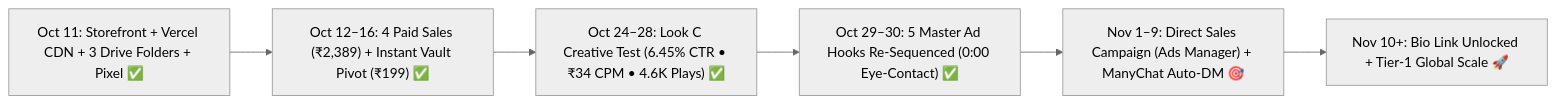
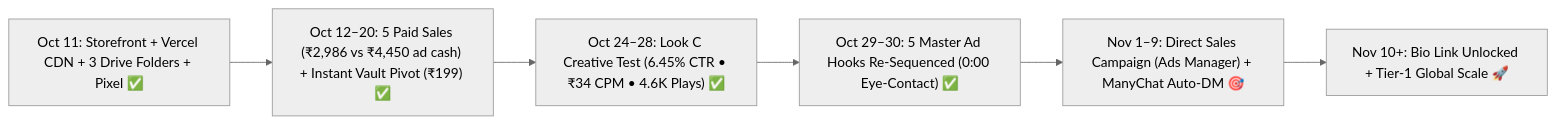
The diagram in docs/ROADMAP.md (wandringspirit/personalabs-academy), drawn with Mermaid (neutral theme) before and after one commit. The commit also changed other lines of this file and 4 other files, not shown here.

````diff
--- a/docs/ROADMAP.md
+++ b/docs/ROADMAP.md
@@ -5,8 +5,8 @@
 ```mermaid
 flowchart LR
-    A["Oct 11: Storefront + Vercel CDN + 3 Drive Folders + Pixel ✅"] --> B["Oct 12–16: 4 Paid Sales (₹2,389) + Instant Vault Pivot (₹199) ✅"]
+    A["Oct 11: Storefront + Vercel CDN + 3 Drive Folders + Pixel ✅"] --> B["Oct 12–20: 5 Paid Sales (₹2,986 vs ₹4,450 ad cash) + Instant Vault Pivot (₹199) ✅"]
     B --> C["Oct 24–28: Look C Creative Test (6.45% CTR • ₹34 CPM • 4.6K Plays) ✅"]
     C --> D["Oct 29–30: 5 Master Ad Hooks Re-Sequenced (0:00 Eye-Contact) ✅"]
     D --> E["Nov 1–9: Direct Sales Campaign (Ads Manager) + ManyChat Auto-DM 🎯"]
     E --> F["Nov 10+: Bio Link Unlocked + Tier-1 Global Scale 🚀"]
 ```
````
